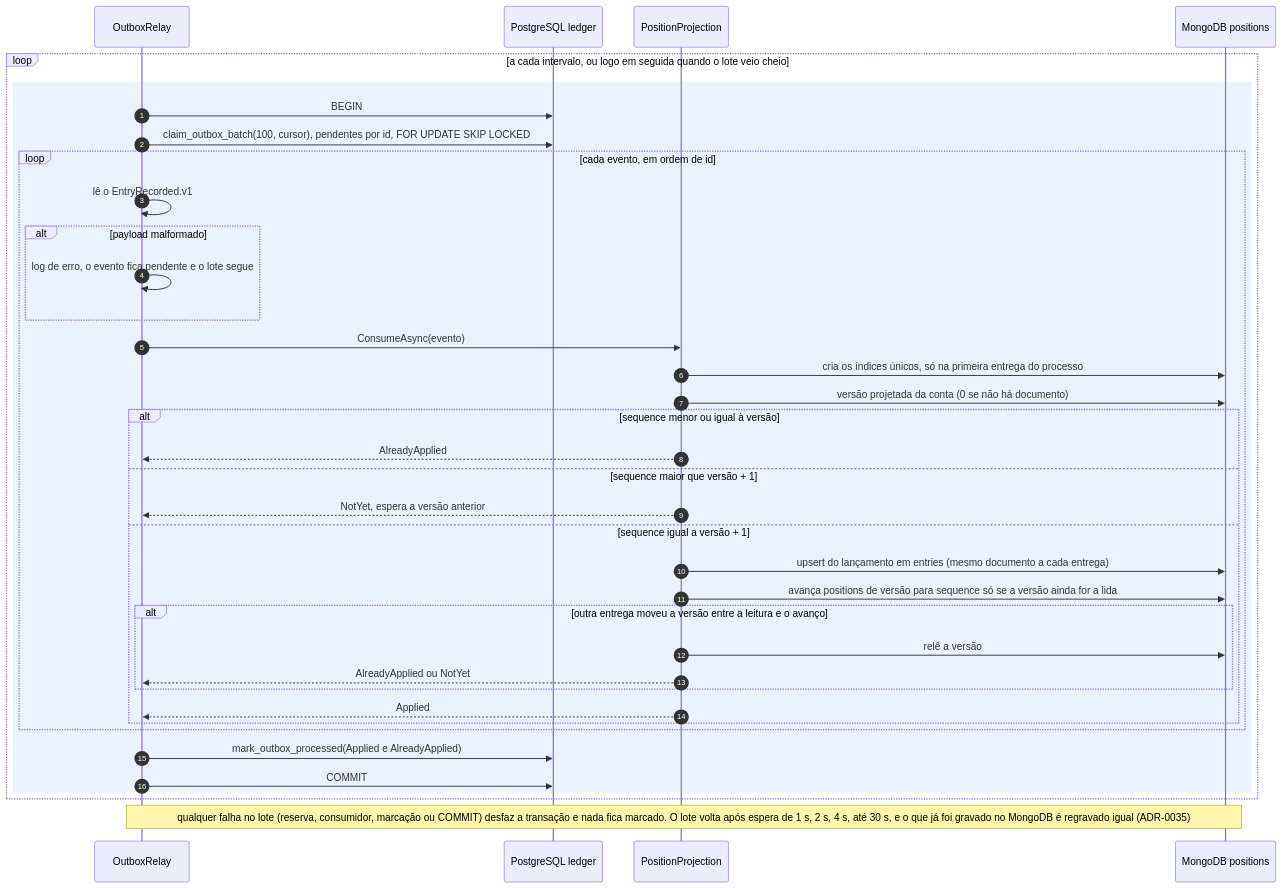
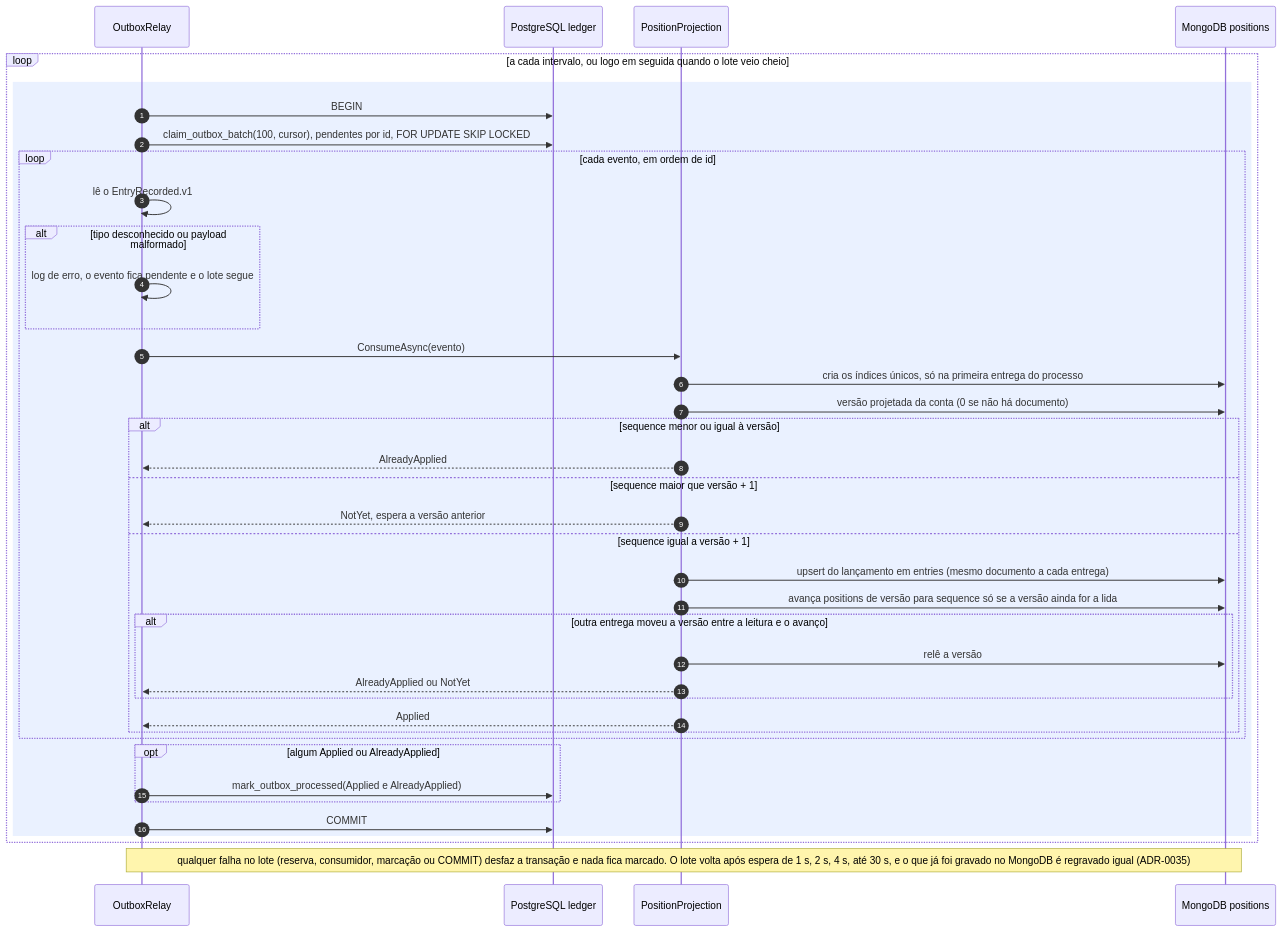
One commit to arthuurw/desafio-arquiteto-keyrus changed the fifth of 8 diagrams in docs/arquitetura/fluxos-ledger.md. Above: the diagram before and after it, drawn with Mermaid. The commit also changed other lines of this file and 2 other files, not shown here.

First line of the commit message:
docs(fluxos): close the second flow check against HEAD

````diff
--- a/docs/arquitetura/fluxos-ledger.md
+++ b/docs/arquitetura/fluxos-ledger.md
@@ -219,40 +219,42 @@
 ```mermaid
 sequenceDiagram
   autonumber
   participant R as OutboxRelay
   participant DB as PostgreSQL ledger
   participant P as PositionProjection
   participant M as MongoDB positions
 
   loop a cada intervalo, ou logo em seguida quando o lote veio cheio
     rect rgba(80, 140, 255, 0.12)
       R->>DB: BEGIN
       R->>DB: claim_outbox_batch(100, cursor), pendentes por id, FOR UPDATE SKIP LOCKED
       loop cada evento, em ordem de id
         R->>R: lê o EntryRecorded.v1
-        alt payload malformado
+        alt tipo desconhecido ou payload malformado
           R->>R: log de erro, o evento fica pendente e o lote segue
         end
         R->>P: ConsumeAsync(evento)
         P->>M: cria os índices únicos, só na primeira entrega do processo
         P->>M: versão projetada da conta (0 se não há documento)
         alt sequence menor ou igual à versão
           P-->>R: AlreadyApplied
         else sequence maior que versão + 1
           P-->>R: NotYet, espera a versão anterior
         else sequence igual a versão + 1
           P->>M: upsert do lançamento em entries (mesmo documento a cada entrega)
           P->>M: avança positions de versão para sequence só se a versão ainda for a lida
           alt outra entrega moveu a versão entre a leitura e o avanço
             P->>M: relê a versão
             P-->>R: AlreadyApplied ou NotYet
           end
           P-->>R: Applied
         end
       end
-      R->>DB: mark_outbox_processed(Applied e AlreadyApplied)
+      opt algum Applied ou AlreadyApplied
+        R->>DB: mark_outbox_processed(Applied e AlreadyApplied)
+      end
       R->>DB: COMMIT
     end
   end
   Note over R,M: qualquer falha no lote (reserva, consumidor, marcação ou COMMIT) desfaz a transação e nada fica marcado. O lote volta após espera de 1 s, 2 s, 4 s, até 30 s, e o que já foi gravado no MongoDB é regravado igual (ADR-0035)
 ```
````
